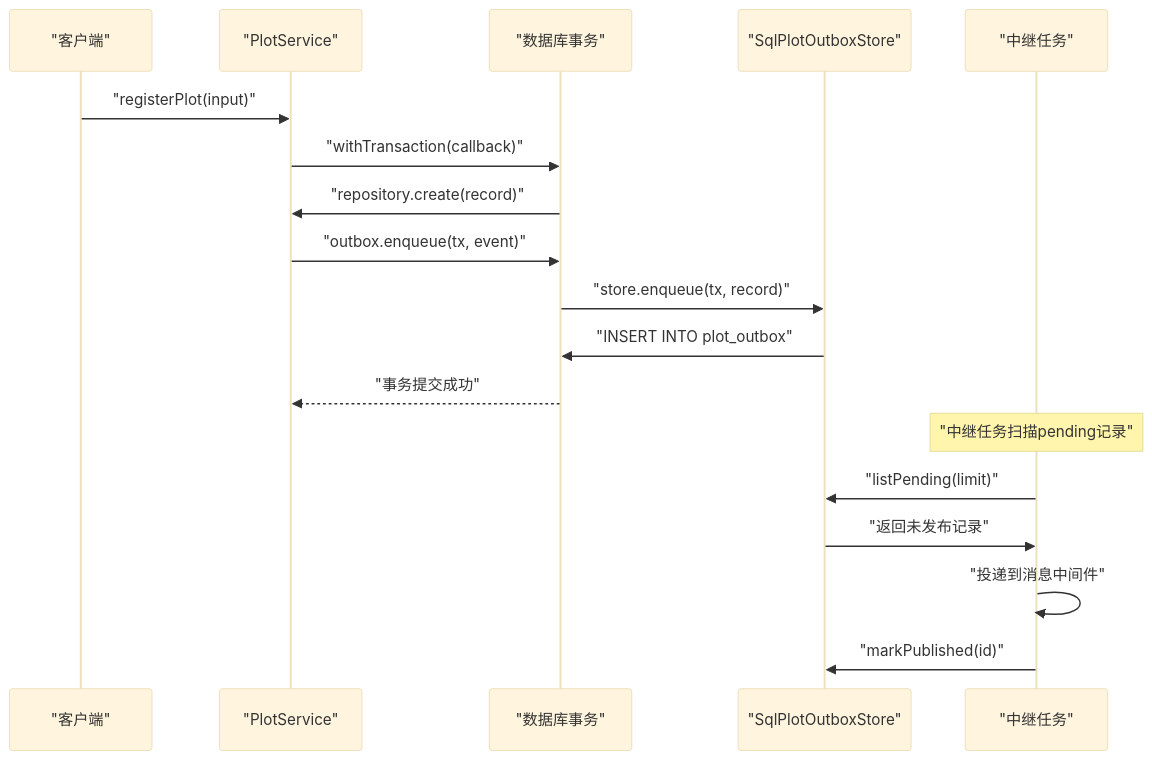
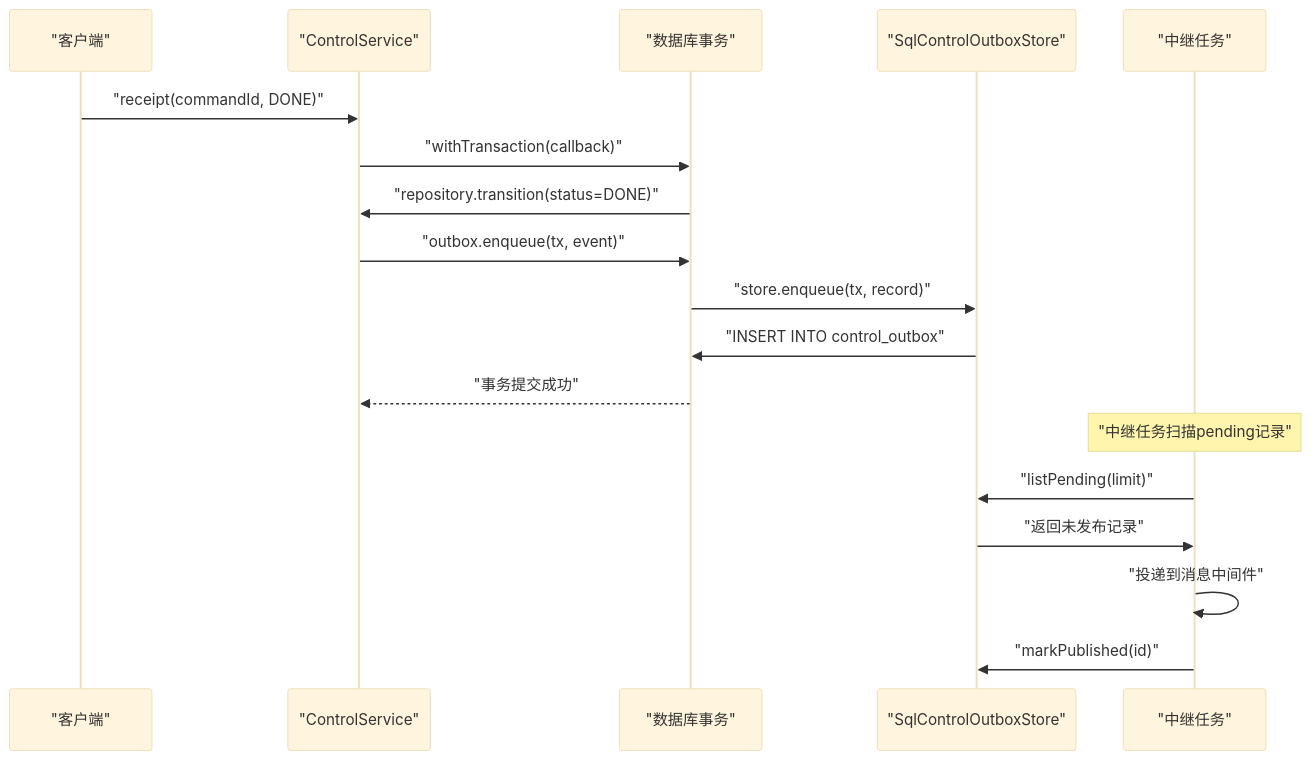
Diagram 19 of 20 in .qoder/repowiki/zh/content/架构设计/事件驱动架构/事件驱动架构.md (q446328246/agri-platform), drawn with Mermaid (base theme) before and after one commit. The commit also changed other lines of this file and 35 other files, not shown here.

````diff
--- a/.qoder/repowiki/zh/content/架构设计/事件驱动架构/事件驱动架构.md
+++ b/.qoder/repowiki/zh/content/架构设计/事件驱动架构/事件驱动架构.md
@@ -548,20 +721,20 @@
 ```mermaid
 sequenceDiagram
 participant Client as "客户端"
-participant PlotSvc as "PlotService"
+participant ControlSvc as "ControlService"
 participant Tx as "数据库事务"
-participant Store as "SqlPlotOutboxStore"
+participant Store as "SqlControlOutboxStore"
 participant Relay as "中继任务"
-Client->>PlotSvc : "registerPlot(input)"
-PlotSvc->>Tx : "withTransaction(callback)"
-Tx->>PlotSvc : "repository.create(record)"
-PlotSvc->>Tx : "outbox.enqueue(tx, event)"
+Client->>ControlSvc : "receipt(commandId, DONE)"
+ControlSvc->>Tx : "withTransaction(callback)"
+Tx->>ControlSvc : "repository.transition(status=DONE)"
+ControlSvc->>Tx : "outbox.enqueue(tx, event)"
 Tx->>Store : "store.enqueue(tx, record)"
-Store->>Tx : "INSERT INTO plot_outbox"
-Tx-->>PlotSvc : "事务提交成功"
+Store->>Tx : "INSERT INTO control_outbox"
+Tx-->>ControlSvc : "事务提交成功"
 Note over Relay : "中继任务扫描pending记录"
 Relay->>Store : "listPending(limit)"
 Store->>Relay : "返回未发布记录"
 Relay->>Relay : "投递到消息中间件"
 Relay->>Store : "markPublished(id)"
 ```
````
